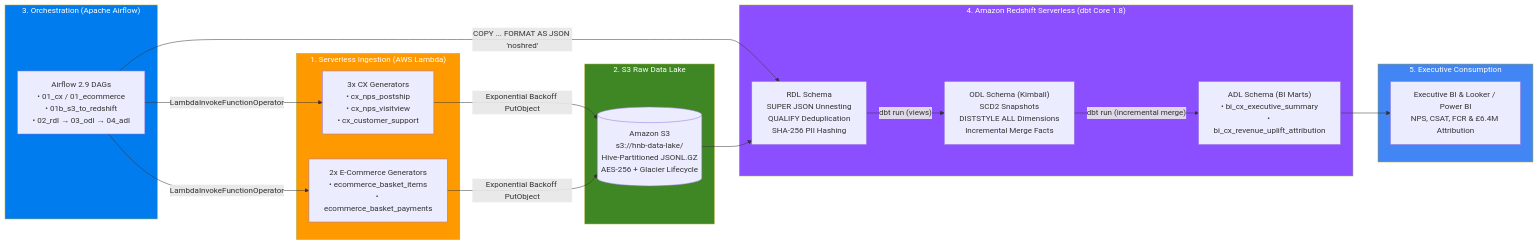
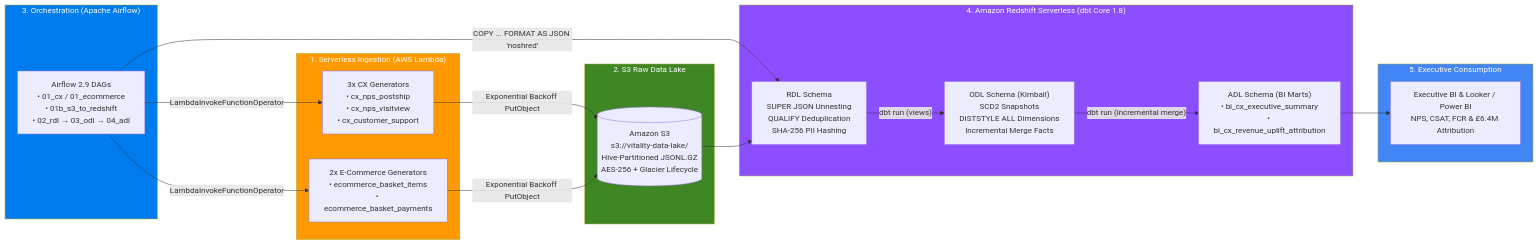
One commit to TimiOlayinka/redshift-dbt-dimensional-warehouse changed the first of 2 diagrams in README.md. Above: the diagram before and after it, drawn with Mermaid. The commit also changed other lines of this file and 88 other files, not shown here.

````diff
--- a/README.md
+++ b/README.md
@@ -28,39 +28,39 @@
 ```mermaid
 flowchart LR
     subgraph GENERATE["1. Serverless Ingestion (AWS Lambda)"]
         L_CX["3x CX Generators\n• cx_nps_postship\n• cx_nps_visitview\n• cx_customer_support"]
         L_EC["2x E-Commerce Generators\n• ecommerce_basket_items\n• ecommerce_basket_payments"]
     end
 
     subgraph LAKE["2. S3 Raw Data Lake"]
-        S3[("Amazon S3\ns3://hnb-data-lake/\nHive-Partitioned JSONL.GZ\nAES-256 + Glacier Lifecycle")]
+        S3[("Amazon S3\ns3://vitality-data-lake/\nHive-Partitioned JSONL.GZ\nAES-256 + Glacier Lifecycle")]
     end
 
     subgraph ORCHESTRATE["3. Orchestration (Apache Airflow)"]
         AF["Airflow 2.9 DAGs\n• 01_cx / 01_ecommerce\n• 01b_s3_to_redshift\n• 02_rdl → 03_odl → 04_adl"]
     end
 
     subgraph DWH["4. Amazon Redshift Serverless (dbt Core 1.8)"]
         RDL["RDL Schema\nSUPER JSON Unnesting\nQUALIFY Deduplication\nSHA-256 PII Hashing"]
         ODL["ODL Schema (Kimball)\nSCD2 Snapshots\nDISTSTYLE ALL Dimensions\nIncremental Merge Facts"]
         ADL["ADL Schema (BI Marts)\n• bi_cx_executive_summary\n• bi_cx_revenue_uplift_attribution"]
     end
 
     subgraph BI["5. Executive Consumption"]
         DASH["Executive BI & Looker / Power BI\nNPS, CSAT, FCR & £6.4M Attribution"]
     end
 
     AF -->|"LambdaInvokeFunctionOperator"| L_CX & L_EC
     L_CX & L_EC -->|"Exponential Backoff PutObject"| S3
     AF -->|"COPY ... FORMAT AS JSON 'noshred'"| RDL
     S3 --> RDL
     RDL -->|"dbt run (views)"| ODL
     ODL -->|"dbt run (incremental merge)"| ADL
     ADL --> DASH
 
     style GENERATE fill:#FF9900,color:#fff
     style LAKE fill:#3F8624,color:#fff
     style ORCHESTRATE fill:#017CEE,color:#fff
     style DWH fill:#8C4FFF,color:#fff
     style BI fill:#4285F4,color:#fff
 ```
````
